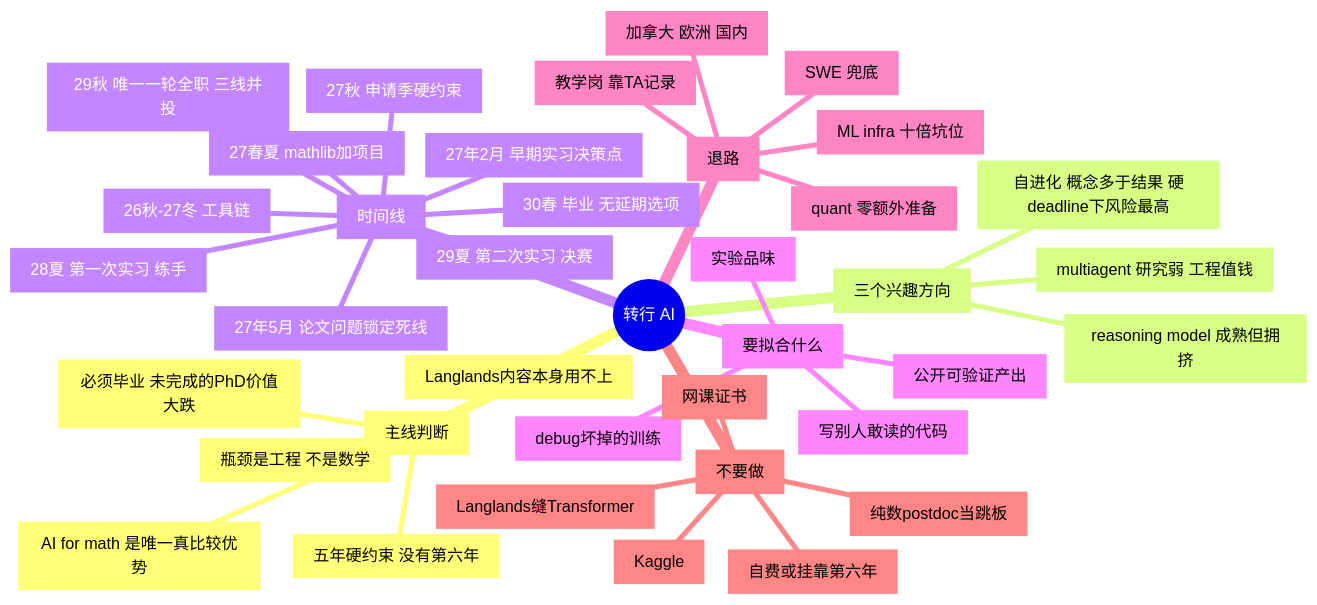
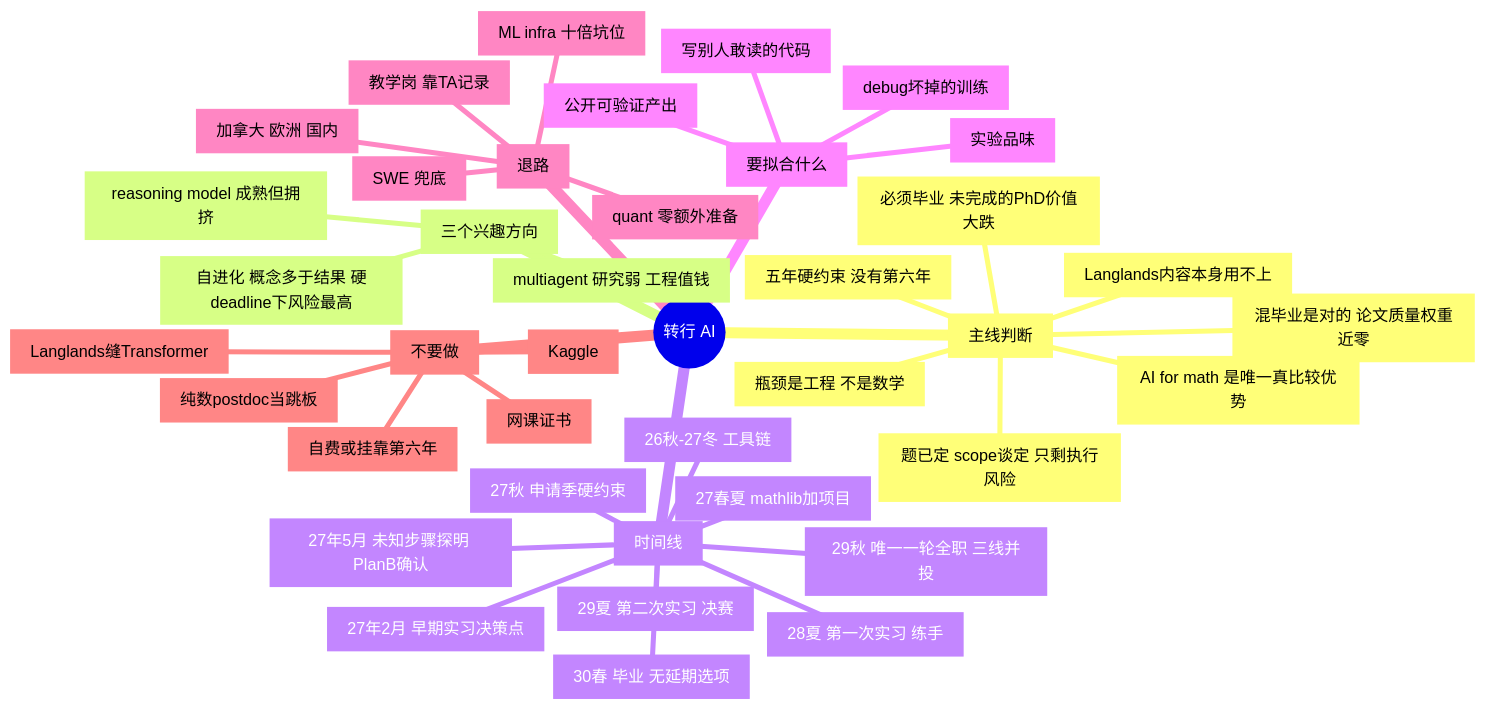
Before and after one commit to houjunc-cloud/Digital-Garden: the diagram in content/daily/2026-09-08.md, drawn with Mermaid. The commit also changed other lines of this file, not shown here.

````diff
--- a/content/daily/2026-09-08.md
+++ b/content/daily/2026-09-08.md
@@ -29,41 +42,43 @@
 ```mermaid
 mindmap
   root(("转行 AI"))
     ["主线判断"]
       ["五年硬约束 没有第六年"]
+      ["题已定 scope谈定 只剩执行风险"]
+      ["混毕业是对的 论文质量权重近零"]
       ["必须毕业 未完成的PhD价值大跌"]
       ["瓶颈是工程 不是数学"]
       ["AI for math 是唯一真比较优势"]
       ["Langlands内容本身用不上"]
     ["三个兴趣方向"]
       ["reasoning model 成熟但拥挤"]
       ["自进化 概念多于结果 硬deadline下风险最高"]
       ["multiagent 研究弱 工程值钱"]
     ["时间线"]
       ["26秋-27冬 工具链"]
       ["27年2月 早期实习决策点"]
-      ["27年5月 论文问题锁定死线"]
+      ["27年5月 未知步骤探明 PlanB确认"]
       ["27春夏 mathlib加项目"]
       ["27秋 申请季硬约束"]
       ["28夏 第一次实习 练手"]
       ["29夏 第二次实习 决赛"]
       ["29秋 唯一一轮全职 三线并投"]
       ["30春 毕业 无延期选项"]
     ["要拟合什么"]
       ["写别人敢读的代码"]
       ["debug坏掉的训练"]
       ["实验品味"]
       ["公开可验证产出"]
     ["退路"]
       ["quant 零额外准备"]
       ["ML infra 十倍坑位"]
       ["加拿大 欧洲 国内"]
       ["教学岗 靠TA记录"]
       ["SWE 兜底"]
     ["不要做"]
       ["网课证书"]
       ["Kaggle"]
       ["纯数postdoc当跳板"]
       ["Langlands缝Transformer"]
       ["自费或挂靠第六年"]
 ```
````
